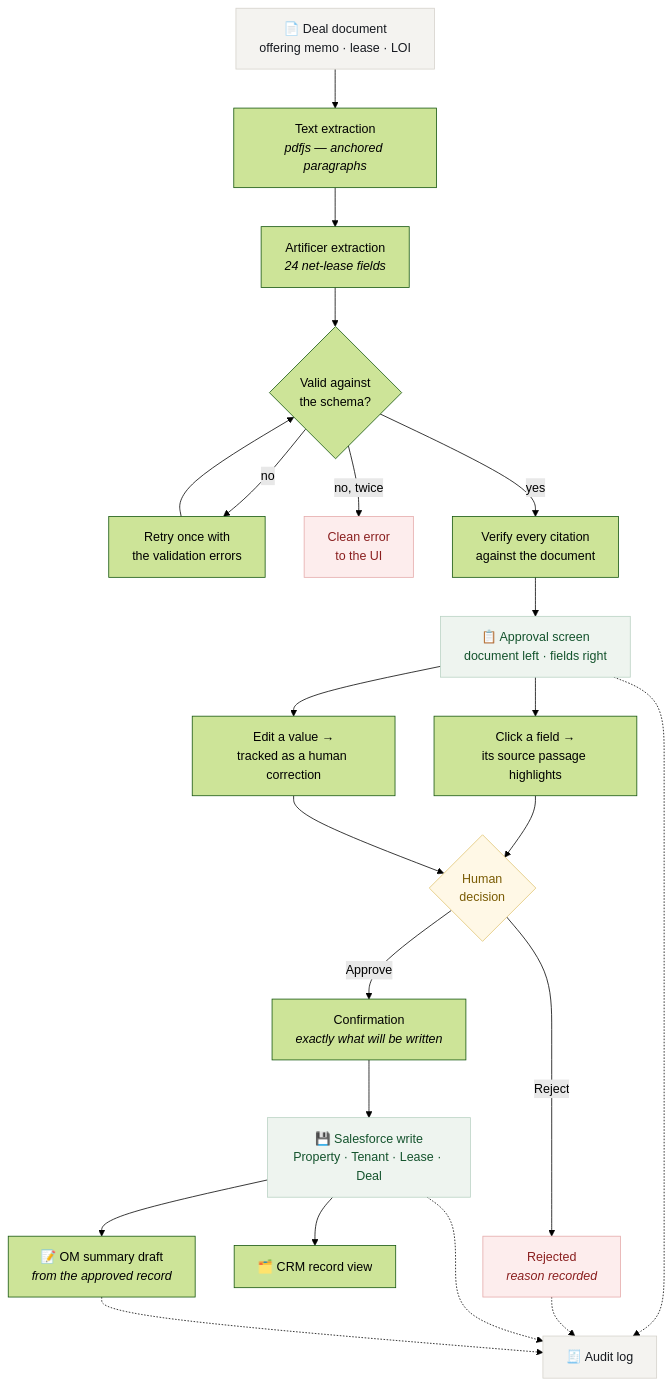
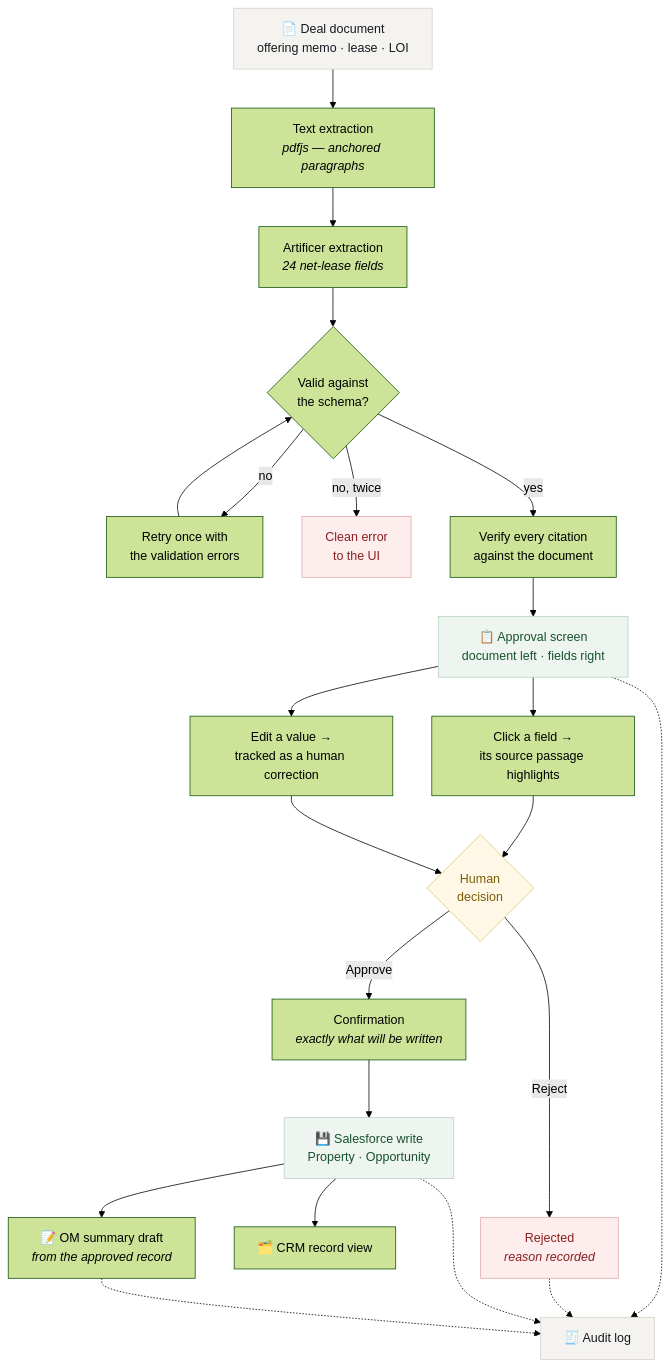
One commit to sjzavala/artificer changed the first of 2 diagrams in README.md. Above: the diagram before and after it, drawn with Mermaid (forest theme). The commit also changed other lines of this file and 14 other files, not shown here.

````diff
--- a/README.md
+++ b/README.md
@@ -16,35 +16,35 @@
 ```mermaid
 flowchart TD
     A["📄 Deal document<br/>offering memo · lease · LOI"] --> B["Text extraction<br/><i>pdfjs — anchored paragraphs</i>"]
     B --> C["Artificer extraction<br/><i>24 net-lease fields</i>"]
     C --> D{"Valid against<br/>the schema?"}
     D -- no --> E["Retry once with<br/>the validation errors"]
     E --> D
     D -- "no, twice" --> F["Clean error<br/>to the UI"]
     D -- yes --> G["Verify every citation<br/>against the document"]
     G --> H["📋 Approval screen<br/>document left · fields right"]
 
     H --> I["Click a field →<br/>its source passage highlights"]
     H --> J["Edit a value →<br/>tracked as a human correction"]
     I --> K{"Human<br/>decision"}
     J --> K
 
     K -- Reject --> L["Rejected<br/><i>reason recorded</i>"]
     K -- Approve --> M["Confirmation<br/><i>exactly what will be written</i>"]
-    M --> N["💾 Salesforce write<br/>Property · Tenant · Lease · Deal"]
+    M --> N["💾 Salesforce write<br/>Property · Opportunity"]
     N --> O["🗂️ CRM record view"]
     N --> P["📝 OM summary draft<br/><i>from the approved record</i>"]
 
     H -.-> Q["🧾 Audit log"]
     L -.-> Q
     N -.-> Q
     P -.-> Q
 
     style A fill:#f4f3f0,stroke:#d5d2cb,color:#16191f
     style H fill:#eef4ef,stroke:#b9d2c3,color:#14532d
     style K fill:#fff8e6,stroke:#e0c675,color:#7a5c05
     style N fill:#eef4ef,stroke:#b9d2c3,color:#14532d
     style Q fill:#f4f3f0,stroke:#d5d2cb,color:#16191f
     style F fill:#fdeded,stroke:#e5aaaa,color:#8a1f1f
     style L fill:#fdeded,stroke:#e5aaaa,color:#8a1f1f
 ```
````
